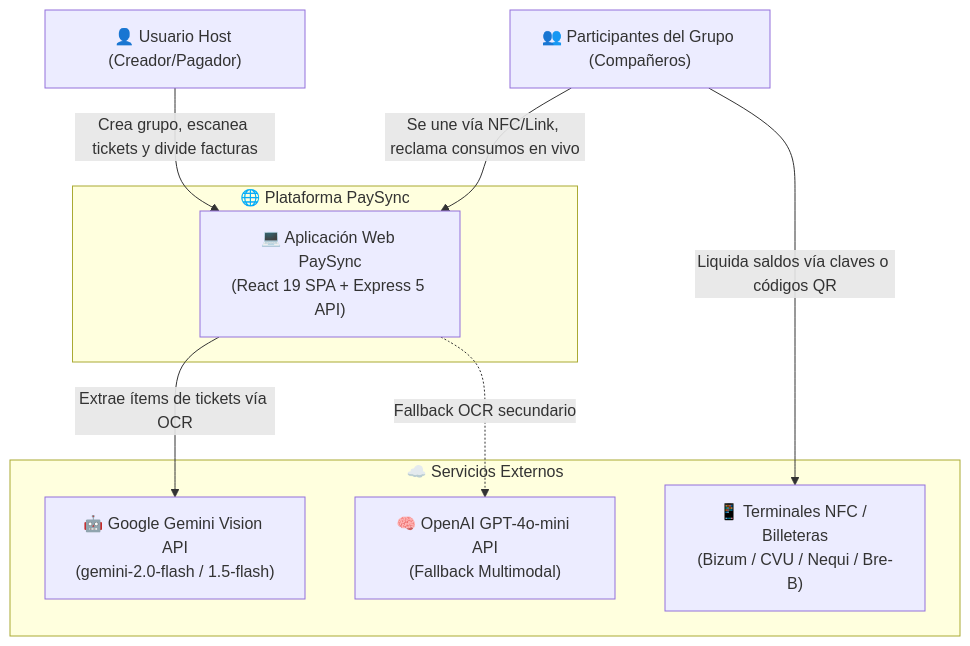
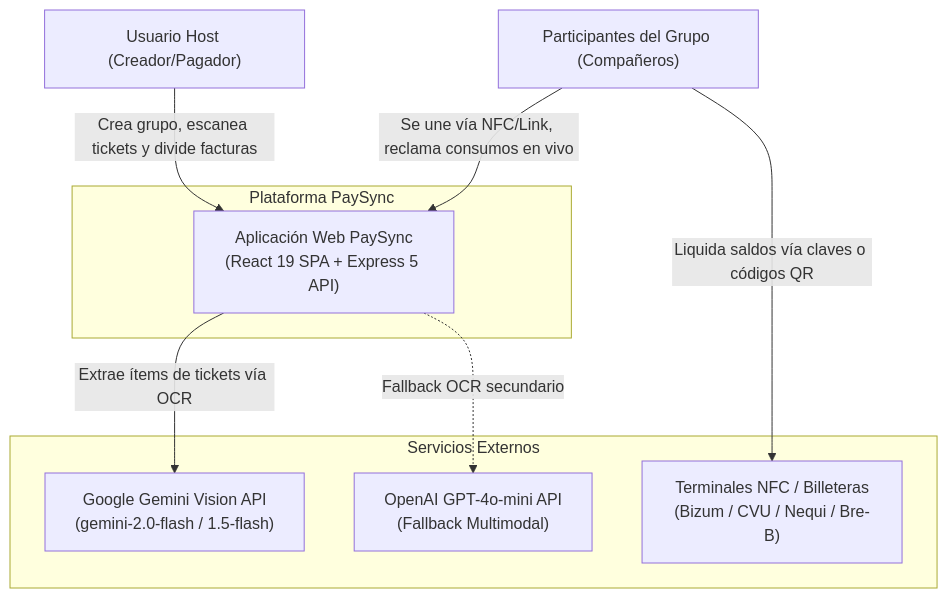
The first of 3 diagrams in docs/01_Arquitectura/Diagrama-C4-Sistema.md (SebzSGC/Control-Gastos), drawn with Mermaid before and after one commit. The commit also changed other lines of this file and 16 other files, not shown here.

````diff
--- a/docs/01_Arquitectura/Diagrama-C4-Sistema.md
+++ b/docs/01_Arquitectura/Diagrama-C4-Sistema.md
@@ -22,21 +22,21 @@
 ```mermaid
 flowchart TD
-    UserA["👤 Usuario Host (Creador/Pagador)"]
-    UserB["👥 Participantes del Grupo (Compañeros)"]
+    UserA["Usuario Host (Creador/Pagador)"]
+    UserB["Participantes del Grupo (Compañeros)"]
     
-    subgraph PaySyncSystem["🌐 Plataforma PaySync"]
-        PaySync["💻 Aplicación Web PaySync\n(React 19 SPA + Express 5 API)"]
+    subgraph PaySyncSystem["Plataforma PaySync"]
+        PaySync["Aplicación Web PaySync\n(React 19 SPA + Express 5 API)"]
     end
     
-    subgraph ExternalServices["☁️ Servicios Externos"]
-        Gemini["🤖 Google Gemini Vision API\n(gemini-2.0-flash / 1.5-flash)"]
-        OpenAI["🧠 OpenAI GPT-4o-mini API\n(Fallback Multimodal)"]
-        PaymentNFC["📱 Terminales NFC / Billeteras\n(Bizum / CVU / Nequi / Bre-B)"]
+    subgraph ExternalServices["Servicios Externos"]
+        Gemini["Google Gemini Vision API\n(gemini-2.0-flash / 1.5-flash)"]
+        OpenAI["OpenAI GPT-4o-mini API\n(Fallback Multimodal)"]
+        PaymentNFC["Terminales NFC / Billeteras\n(Bizum / CVU / Nequi / Bre-B)"]
     end
 
     UserA -->|"Crea grupo, escanea tickets y divide facturas"| PaySync
     UserB -->|"Se une vía NFC/Link, reclama consumos en vivo"| PaySync
     PaySync -->|"Extrae ítems de tickets vía OCR"| Gemini
     PaySync -.->|"Fallback OCR secundario"| OpenAI
     UserB -->|"Liquida saldos vía claves o códigos QR"| PaymentNFC
 ```
````
